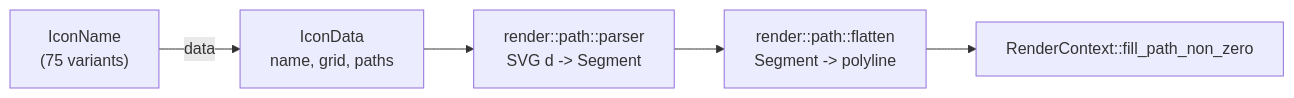
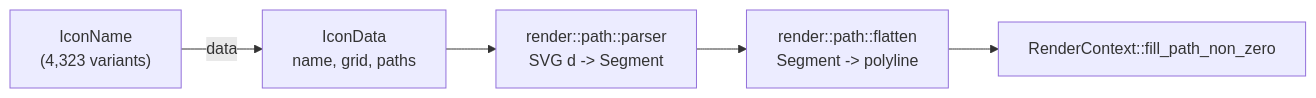
Before and after one commit to mikewolfli/rust-widgets: the sixth of 6 diagrams in cookbook/en/src/chapters/architecture.md, drawn with Mermaid. The commit also changed other lines of this file and 4675 other files, not shown here.

````diff
--- a/cookbook/en/src/chapters/architecture.md
+++ b/cookbook/en/src/chapters/architecture.md
@@ -931,13 +937,13 @@
 ```mermaid
 graph LR
-    ENUM["IconName<br/>(75 variants)"]
+    ENUM["IconName<br/>(4,323 variants)"]
     DATA["IconData<br/>name, grid, paths"]
     PARSE["render::path::parser<br/>SVG d -> Segment"]
     FLAT["render::path::flatten<br/>Segment -> polyline"]
     FILL["RenderContext::fill_path_non_zero"]
 
     ENUM -->|data| DATA
     DATA --> PARSE
     PARSE --> FLAT
     FLAT --> FILL
 ```
````
